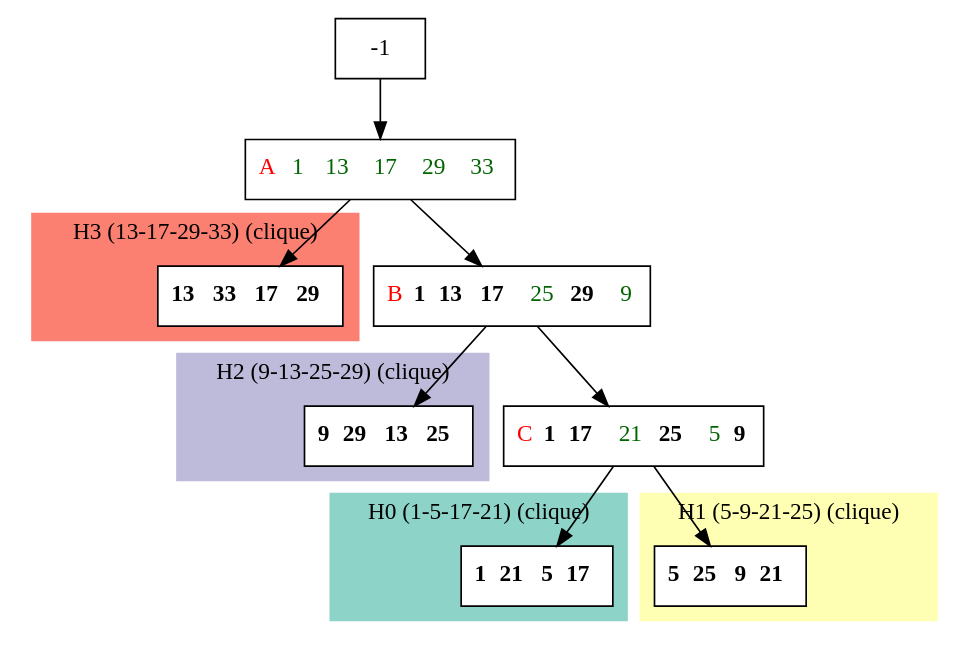
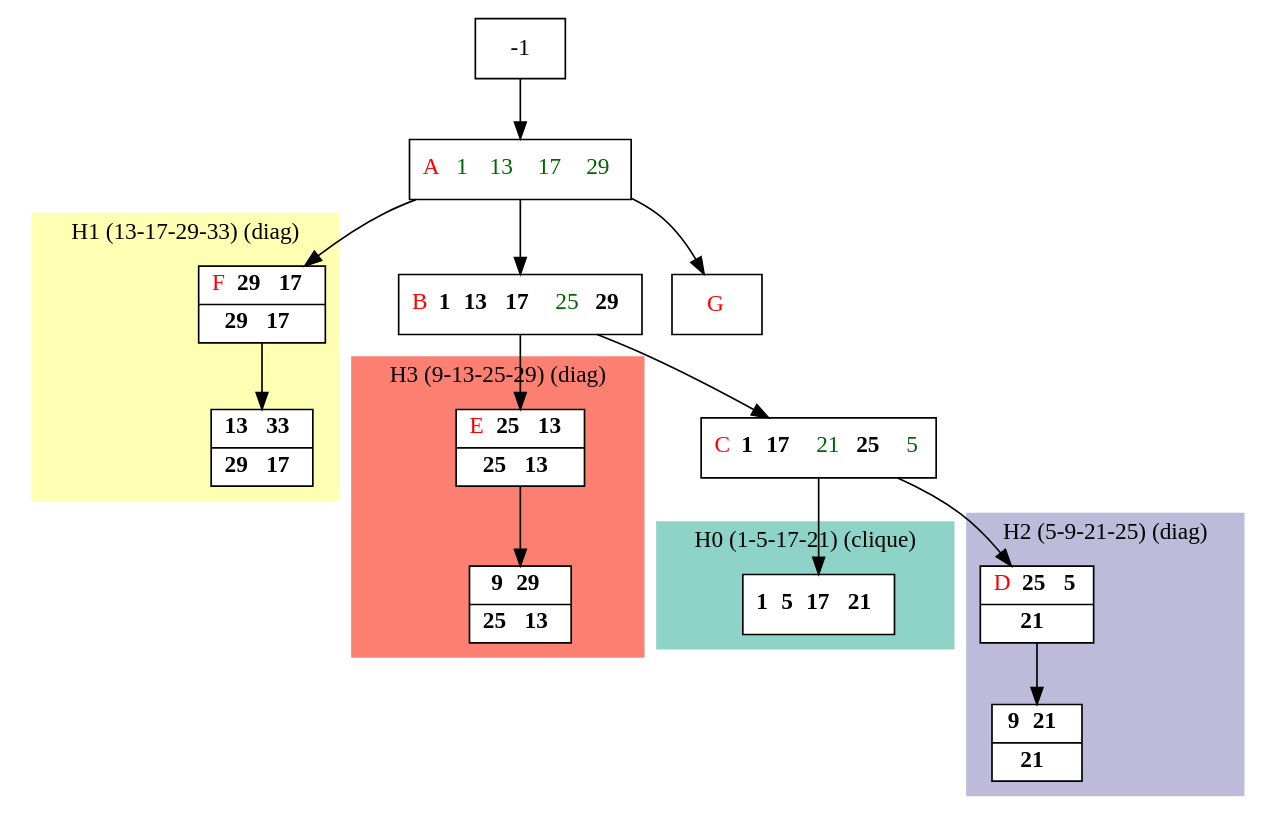
Before and after one commit to bmarchand/auto-dp: the diagram in results/compact_dot_files/compact_K4.dot, drawn with Graphviz. The commit also changed 89 other files, not shown here.

```diff
--- a/results/compact_dot_files/compact_K4.dot
+++ b/results/compact_dot_files/compact_K4.dot
@@ -1,49 +1,54 @@
 digraph G {
     node [shape=box];
     subgraph cluster0 {
         node [style=filled,fillcolor=white];
         labeljust="l";
         style=filled;
         color="#8DD3C7";
         H0_0;
         label="H0 (1-5-17-21) (clique)";
     }
     subgraph cluster1 {
         node [style=filled,fillcolor=white];
         labeljust="l";
         style=filled;
         color="#FFFFB3";
-        H1_0;
-        label="H1 (5-9-21-25) (clique)";
+        H1_0 -> H1_5;
+        label="H1 (13-17-29-33) (diag)";
     }
     subgraph cluster2 {
         node [style=filled,fillcolor=white];
         labeljust="l";
         style=filled;
         color="#BEBADA";
-        H2_0;
-        label="H2 (9-13-25-29) (clique)";
+        H2_0 -> H2_5;
+        label="H2 (5-9-21-25) (diag)";
     }
     subgraph cluster3 {
         node [style=filled,fillcolor=white];
         labeljust="l";
         style=filled;
         color="#FB8072";
-        H3_0;
-        label="H3 (13-17-29-33) (clique)";
+        H3_0 -> H3_5;
+        label="H3 (9-13-25-29) (diag)";
     }
-     21 [shape=record,label= <{  <FONT COLOR="RED">A</FONT>  <FONT COLOR="DARKGREEN">1</FONT>  <FONT COLOR="DARKGREEN">13</FONT>  <FONT COLOR="DARKGREEN">17</FONT>  <FONT COLOR="DARKGREEN">29</FONT>  <FONT COLOR="DARKGREEN">33</FONT>}> ];
+     21 [shape=record,label= <{  <FONT COLOR="RED">A</FONT>  <FONT COLOR="DARKGREEN">1</FONT>  <FONT COLOR="DARKGREEN">13</FONT>  <FONT COLOR="DARKGREEN">17</FONT>  <FONT COLOR="DARKGREEN">29</FONT>}> ];
      -1  ->  21;
-     H3_0 [shape=record,label= <{ <b>13</b> <b>33</b> <b>17</b> <b>29</b>}> ];
-     21  ->  H3_0;
-     14 [shape=record,label= <{  <FONT COLOR="RED">B</FONT> <b>1</b> <b>13</b> <b>17</b>  <FONT COLOR="DARKGREEN">25</FONT> <b>29</b>  <FONT COLOR="DARKGREEN">9</FONT>}> ];
+     14 [shape=record,label= <{  <FONT COLOR="RED">B</FONT> <b>1</b> <b>13</b> <b>17</b>  <FONT COLOR="DARKGREEN">25</FONT> <b>29</b>}> ];
      21  ->  14;
-     H2_0 [shape=record,label= <{ <b>9</b> <b>29</b> <b>13</b> <b>25</b>}> ];
-     14  ->  H2_0;
-     1 [shape=record,label= <{  <FONT COLOR="RED">C</FONT> <b>1</b> <b>17</b>  <FONT COLOR="DARKGREEN">21</FONT> <b>25</b>  <FONT COLOR="DARKGREEN">5</FONT> <b>9</b>}> ];
+     1 [shape=record,label= <{  <FONT COLOR="RED">C</FONT> <b>1</b> <b>17</b>  <FONT COLOR="DARKGREEN">21</FONT> <b>25</b>  <FONT COLOR="DARKGREEN">5</FONT>}> ];
      14  ->  1;
-     H0_0 [shape=record,label= <{ <b>1</b> <b>21</b> <b>5</b> <b>17</b>}> ];
+     H0_0 [shape=record,label= <{ <b>1</b> <b>5</b> <b>17</b> <b>21</b>}> ];
      1  ->  H0_0;
-     H1_0 [shape=record,label= <{ <b>5</b> <b>25</b> <b>9</b> <b>21</b>}> ];
-     1  ->  H1_0;
+     H2_0 [shape=record,label= <{  <FONT COLOR="RED">D</FONT> <b>25</b> <b>5</b>|  <b>21</b>}> ];
+     1  ->  H2_0;
+     H2_5 [shape=record,label= <{ <b>9</b> <b>21</b>|  <b>21</b>}> ];
+     H3_0 [shape=record,label= <{  <FONT COLOR="RED">E</FONT> <b>25</b> <b>13</b>|  <b>25</b> <b>13</b>}> ];
+     14  ->  H3_0;
+     H3_5 [shape=record,label= <{ <b>9</b> <b>29</b>|  <b>25</b> <b>13</b>}> ];
+     H1_0 [shape=record,label= <{  <FONT COLOR="RED">F</FONT> <b>29</b> <b>17</b>|  <b>29</b> <b>17</b>}> ];
+     21  ->  H1_0;
+     H1_5 [shape=record,label= <{ <b>13</b> <b>33</b>|  <b>29</b> <b>17</b>}> ];
+     _1 [shape=record,label= <{  <FONT COLOR="RED">G</FONT>}> ];
+     21  ->  _1;
 }
```
